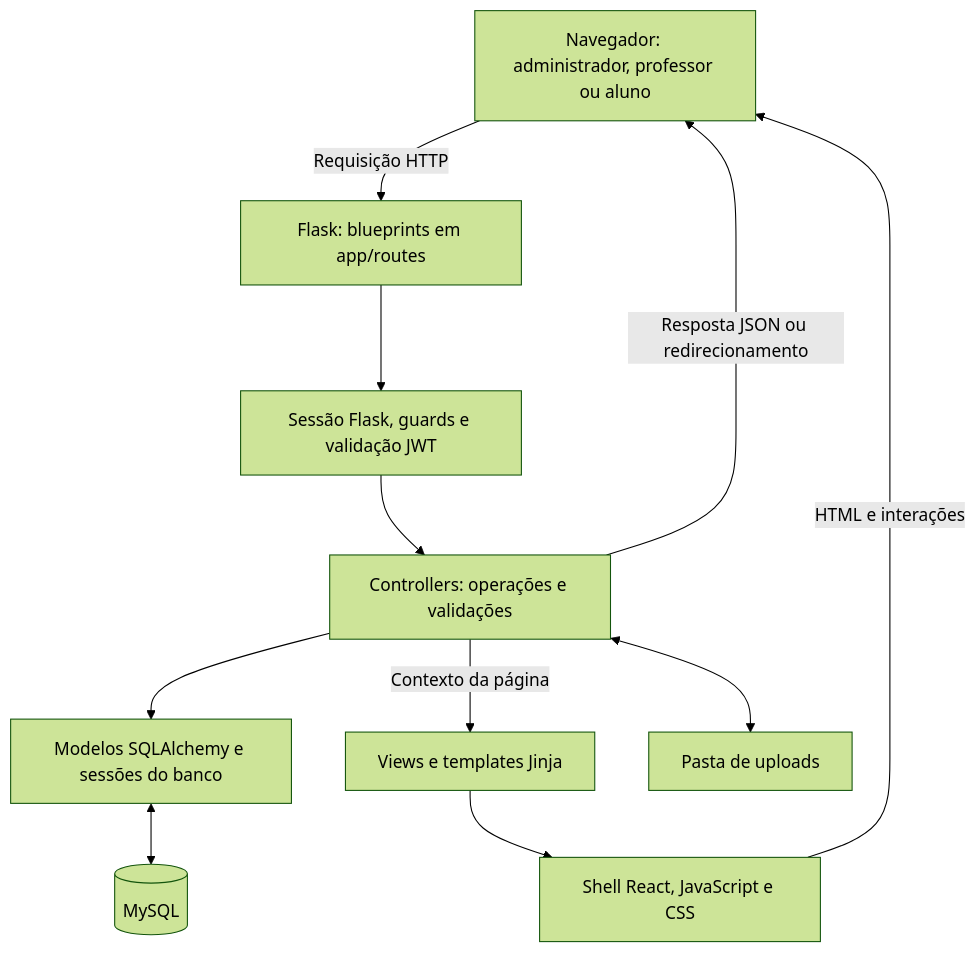
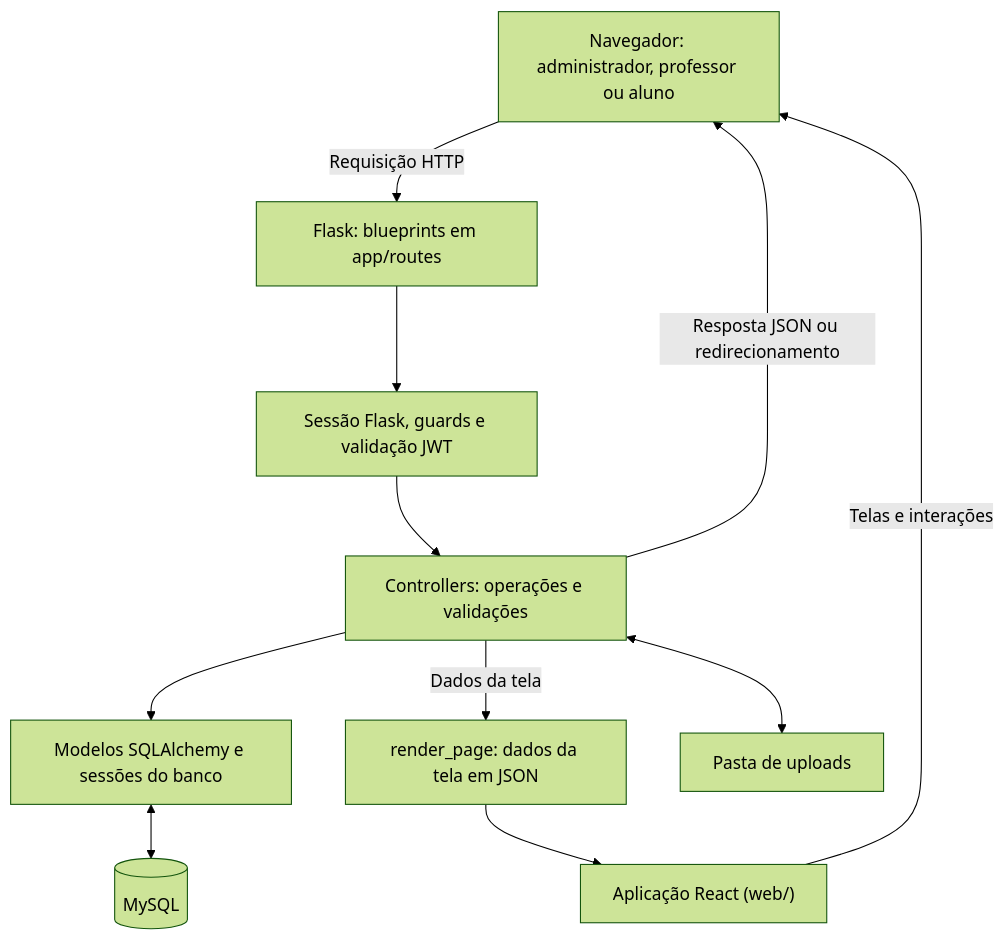
One commit to Samucau1/Projeto-Educa-Fast changed the first of 3 diagrams in README.md. Above: the diagram before and after it, drawn with Mermaid (forest theme). The commit also changed other lines of this file and 87 other files, not shown here.

````diff
--- a/README.md
+++ b/README.md
@@ -60,23 +60,23 @@
 ```mermaid
 flowchart TD
     Navegador["Navegador: administrador, professor ou aluno"]
     Rotas["Flask: blueprints em app/routes"]
     Acesso["Sessão Flask, guards e validação JWT"]
     Controllers["Controllers: operações e validações"]
     Modelos["Modelos SQLAlchemy e sessões do banco"]
     Banco[(MySQL)]
-    Templates["Views e templates Jinja"]
-    Interface["Shell React, JavaScript e CSS"]
+    Spa["render_page: dados da tela em JSON"]
+    Interface["Aplicação React (web/)"]
     Arquivos["Pasta de uploads"]
 
     Navegador -->|Requisição HTTP| Rotas
     Rotas --> Acesso
     Acesso --> Controllers
     Controllers --> Modelos
     Modelos <--> Banco
-    Controllers -->|Contexto da página| Templates
-    Templates --> Interface
-    Interface -->|HTML e interações| Navegador
+    Controllers -->|Dados da tela| Spa
+    Spa --> Interface
+    Interface -->|Telas e interações| Navegador
     Controllers -->|Resposta JSON ou redirecionamento| Navegador
     Controllers <--> Arquivos
 ```
````
